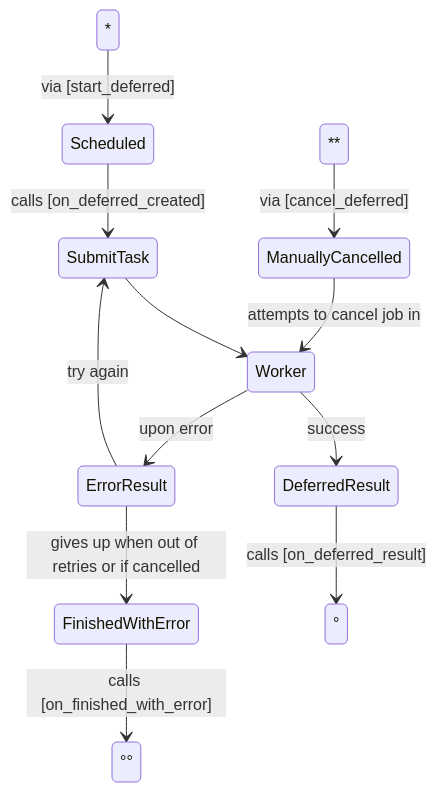
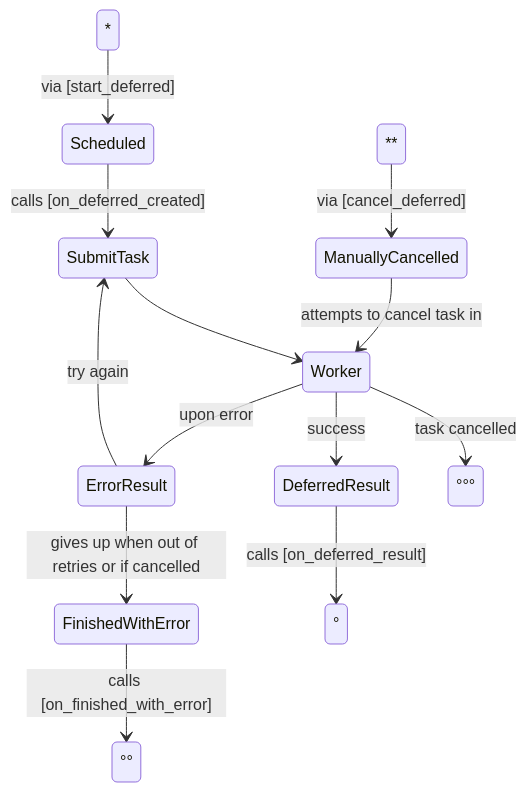
One commit to GitHK/osparc-simcore-forked changed the diagram in services/dynamic-scheduler/src/simcore_service_dynamic_scheduler/services/deferred_tasks/__how_it_works.md. Above: the diagram before and after it, drawn with Mermaid.

````diff
--- a/services/dynamic-scheduler/src/simcore_service_dynamic_scheduler/services/deferred_tasks/__how_it_works.md
+++ b/services/dynamic-scheduler/src/simcore_service_dynamic_scheduler/services/deferred_tasks/__how_it_works.md
@@ -3,18 +3,19 @@
 ```mermaid
 stateDiagram-v2
     * --> Scheduled: via [start_deferred]
     ** --> ManuallyCancelled: via [cancel_deferred]
 
-    ManuallyCancelled --> Worker: attempts to cancel job in
+    ManuallyCancelled --> Worker: attempts to cancel task in
 
     Scheduled --> SubmitTask: calls [on_deferred_created]
     SubmitTask --> Worker
 
     ErrorResult --> SubmitTask: try again
     Worker --> ErrorResult: upon error
     ErrorResult --> FinishedWithError: gives up when out of retries or if cancelled
     Worker --> DeferredResult: success
 
     DeferredResult --> °: calls [on_deferred_result]
     FinishedWithError --> °°: calls [on_finished_with_error]
+    Worker --> °°°: task cancelled
 ```
````
